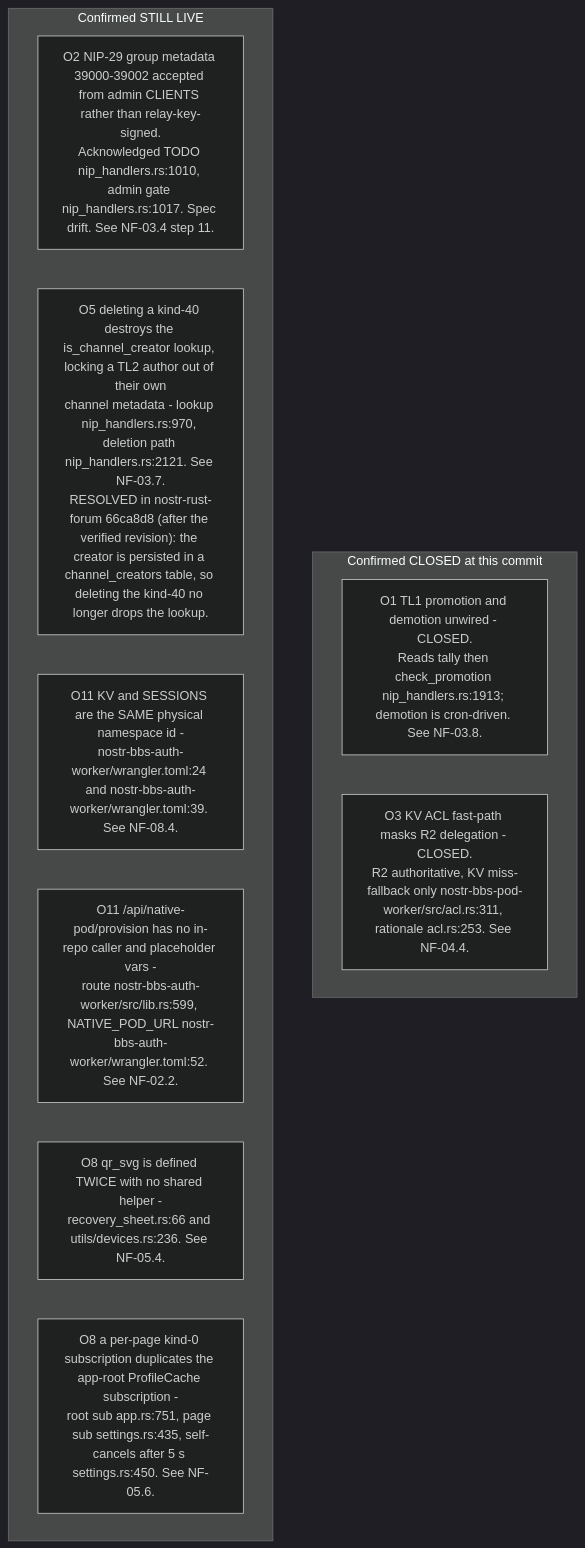
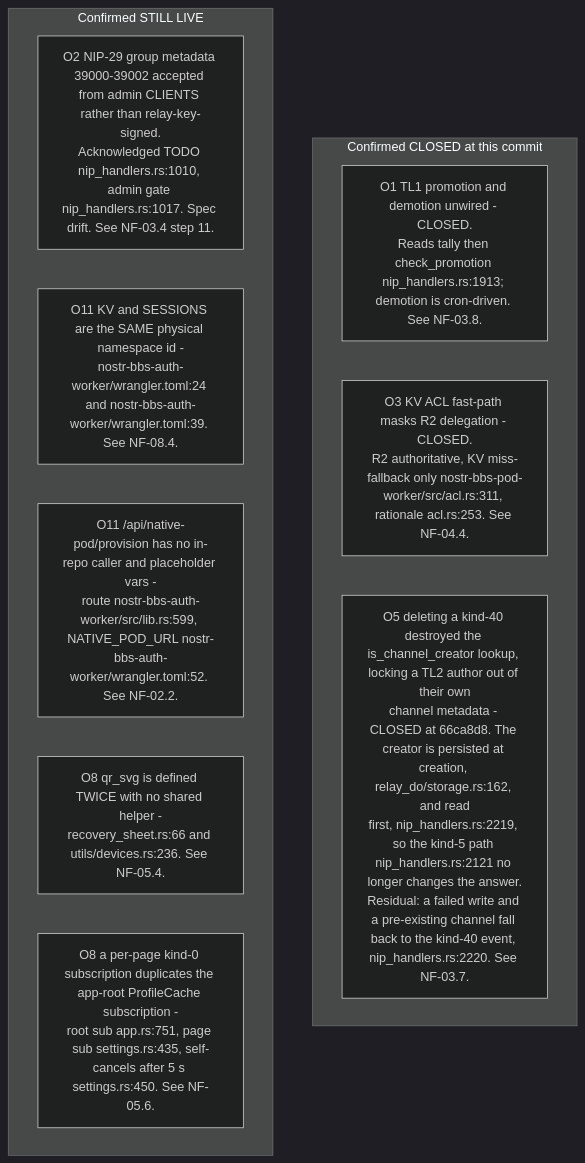
Before and after one commit to DreamLab-AI/VisionFlow: the third of 10 diagrams in docs/diagrams/nostr-rust-forum/10-invariants-and-anomaly-register.md, drawn with Mermaid (dark theme). The commit also changed other lines of this file and 26 other files, not shown here.

First line of the commit message:
docs(diagrams): re-verify solid-pod-rs, nostr-rust-forum and visionclaw 22/36 against HEAD

````diff
--- a/docs/diagrams/nostr-rust-forum/10-invariants-and-anomaly-register.md
+++ b/docs/diagrams/nostr-rust-forum/10-invariants-and-anomaly-register.md
@@ -93,15 +95,15 @@
 ```mermaid
 flowchart TB
     subgraph closed["Confirmed CLOSED at this commit"]
         O1["O1 TL1 promotion and demotion unwired - CLOSED.<br/>Reads tally then check_promotion nip_handlers.rs:1913; demotion is cron-driven. See NF-03.8."]
         O3["O3 KV ACL fast-path masks R2 delegation - CLOSED.<br/>R2 authoritative, KV miss-fallback only nostr-bbs-pod-worker/src/acl.rs:311, rationale acl.rs:253. See NF-04.4."]
+        O5["O5 deleting a kind-40 destroyed the is_channel_creator lookup, locking a TL2 author out of their own<br/>channel metadata - CLOSED at 66ca8d8. The creator is persisted at creation, relay_do/storage.rs:162, and read<br/>first, nip_handlers.rs:2219, so the kind-5 path nip_handlers.rs:2121 no longer changes the answer.<br/>Residual: a failed write and a pre-existing channel fall back to the kind-40 event, nip_handlers.rs:2220. See NF-03.7."]
     end
     subgraph live["Confirmed STILL LIVE"]
         O2["O2 NIP-29 group metadata 39000-39002 accepted from admin CLIENTS rather than relay-key-signed.<br/>Acknowledged TODO nip_handlers.rs:1010, admin gate nip_handlers.rs:1017. Spec drift. See NF-03.4 step 11."]
-        O5["O5 deleting a kind-40 destroys the is_channel_creator lookup, locking a TL2 author out of their own<br/>channel metadata - lookup nip_handlers.rs:970, deletion path nip_handlers.rs:2121. See NF-03.7.<br/>RESOLVED in nostr-rust-forum 66ca8d8 (after the verified revision): the creator is persisted in a channel_creators table, so deleting the kind-40 no longer drops the lookup."]
         O11a["O11 KV and SESSIONS are the SAME physical namespace id -<br/>nostr-bbs-auth-worker/wrangler.toml:24 and nostr-bbs-auth-worker/wrangler.toml:39. See NF-08.4."]
         O11b["O11 /api/native-pod/provision has no in-repo caller and placeholder vars -<br/>route nostr-bbs-auth-worker/src/lib.rs:599, NATIVE_POD_URL nostr-bbs-auth-worker/wrangler.toml:52. See NF-02.2."]
         O8a["O8 qr_svg is defined TWICE with no shared helper -<br/>recovery_sheet.rs:66 and utils/devices.rs:236. See NF-05.4."]
         O8b["O8 a per-page kind-0 subscription duplicates the app-root ProfileCache subscription -<br/>root sub app.rs:751, page sub settings.rs:435, self-cancels after 5 s settings.rs:450. See NF-05.6."]
     end
 ```
````
